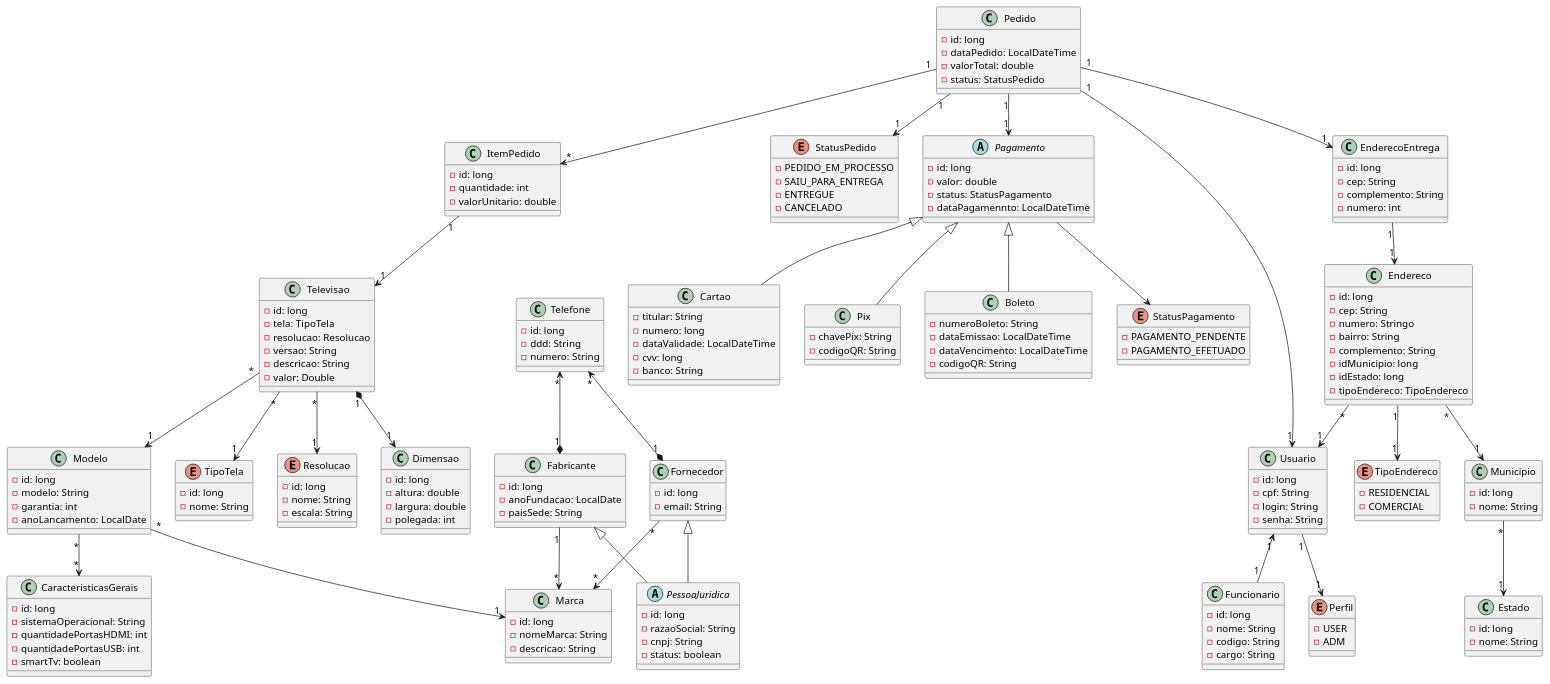
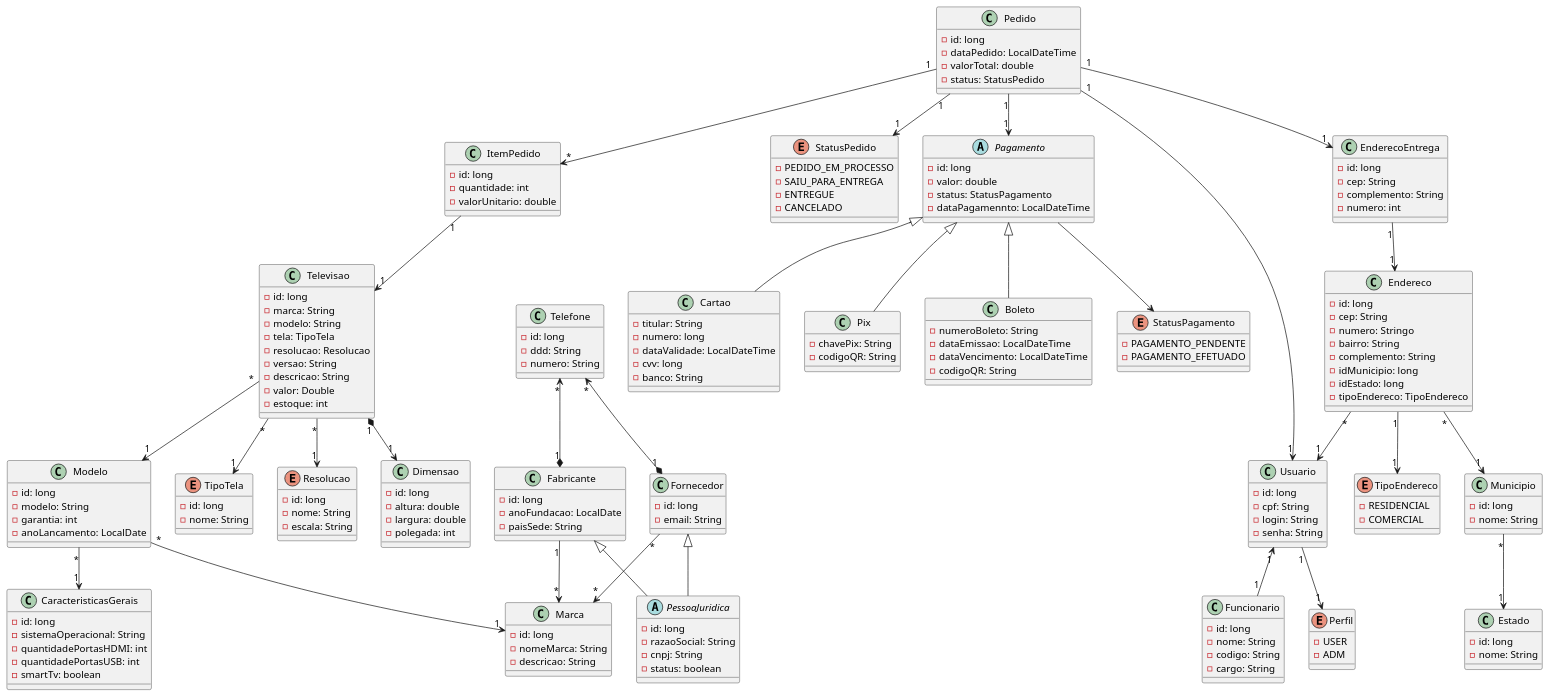
The diagram in src/diagrama.plantuml (Gabrielpmw/Televisao_tp1), drawn with PlantUML before and after one commit. The commit also changed 29 other files, not shown here.

```diff
--- a/src/diagrama.plantuml
+++ b/src/diagrama.plantuml
@@ -78,11 +78,14 @@
 'TELEVISAO'
 class Televisao{
   - id: long
+  - marca: String
+  - modelo: String
   - tela: TipoTela
   - resolucao: Resolucao
   - versao: String
   - descricao: String
   - valor: Double
+  - estoque: int
 }
 
 enum TipoTela{
@@ -205,7 +208,7 @@
 Televisao "*" --> "1" TipoTela
 Televisao "*" --> "1" Modelo
 Modelo "*" --> "1" Marca
-Modelo "*" --> "*" CaracteristicasGerais
+Modelo "*" --> "1" CaracteristicasGerais
 
 'RELACIONAMENTO DO USUARIO'
 Usuario "1" <-- "1" Funcionario
```
